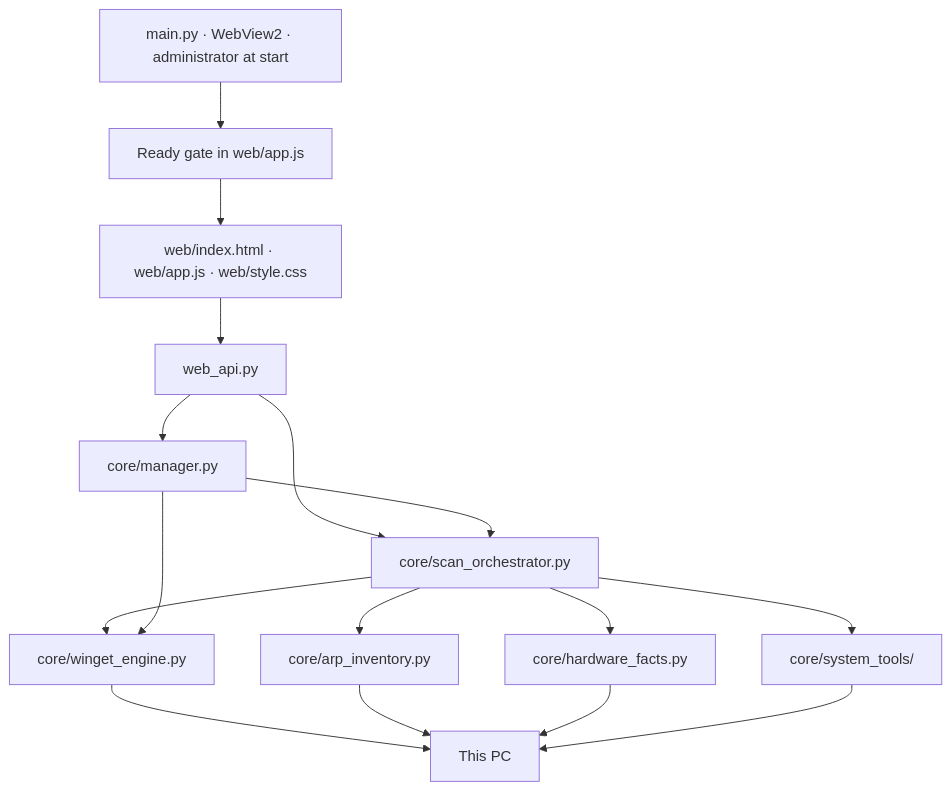
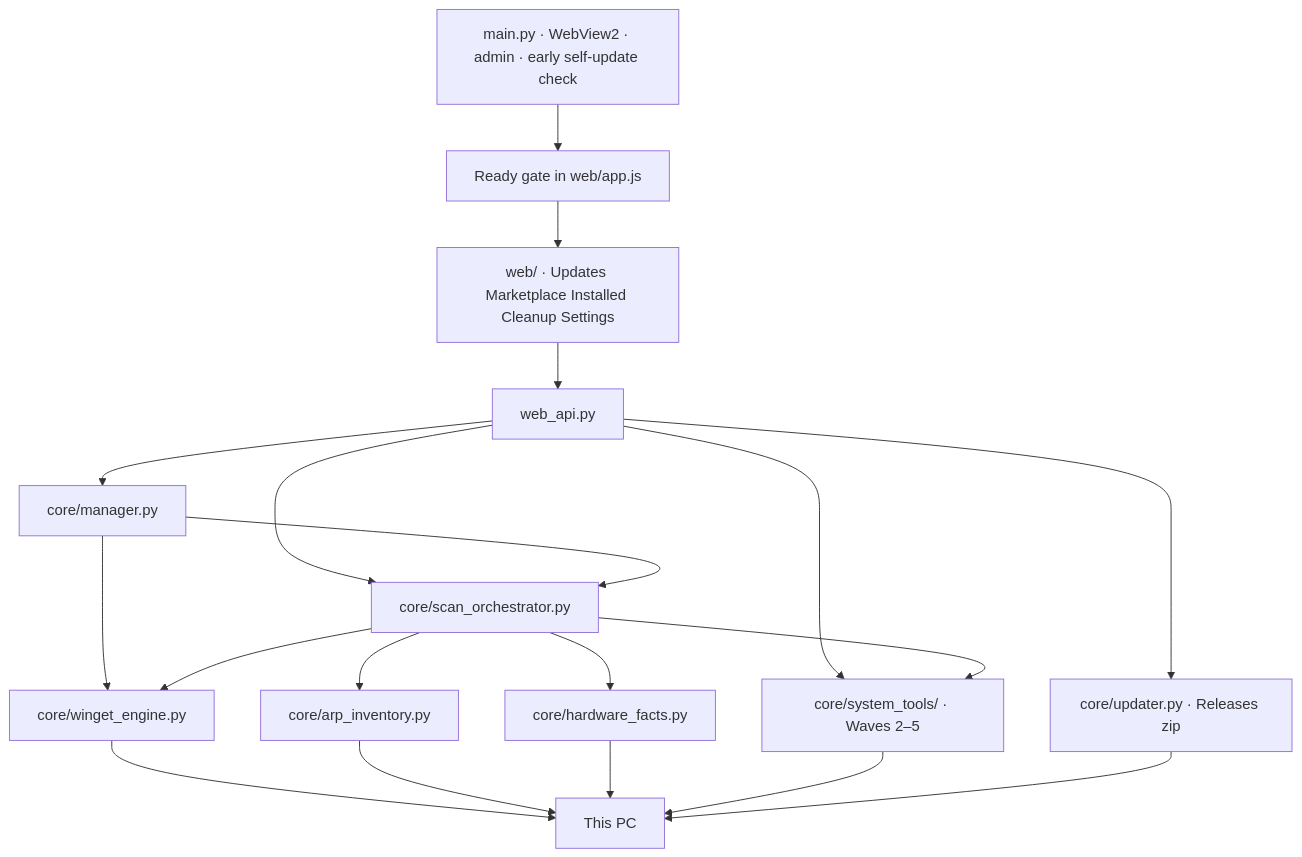
Before and after one commit to merchanthasan2/AudoChocolatey: the first of 2 diagrams in docs/ARCHITECTURE.md, drawn with Mermaid. The commit also changed other lines of this file and 8 other files, not shown here.

First line of the commit message:
feat(updater): apply GitHub Windows zip for in-app self-update

````diff
--- a/docs/ARCHITECTURE.md
+++ b/docs/ARCHITECTURE.md
@@ -75,30 +31,34 @@
 ```mermaid
 flowchart TD
-  host["main.py · WebView2 · administrator at start"]
+  host["main.py · WebView2 · admin · early self-update check"]
   gate["Ready gate in web/app.js"]
-  screen["web/index.html · web/app.js · web/style.css"]
+  screen["web/ · Updates Marketplace Installed Cleanup Settings"]
   bridge["web_api.py"]
   mgr["core/manager.py"]
   scans["core/scan_orchestrator.py"]
   catalog["core/winget_engine.py"]
   arp["core/arp_inventory.py"]
   facts["core/hardware_facts.py"]
-  tools["core/system_tools/"]
+  tools["core/system_tools/ · Waves 2–5"]
+  upd["core/updater.py · Releases zip"]
   win["This PC"]
 
   host --> gate
   gate --> screen
   screen --> bridge
   bridge --> mgr
   bridge --> scans
+  bridge --> tools
+  bridge --> upd
   mgr --> scans
+  mgr --> catalog
   scans --> catalog
   scans --> arp
   scans --> facts
   scans --> tools
-  mgr --> catalog
   catalog --> win
   arp --> win
   facts --> win
   tools --> win
+  upd --> win
 ```
````
